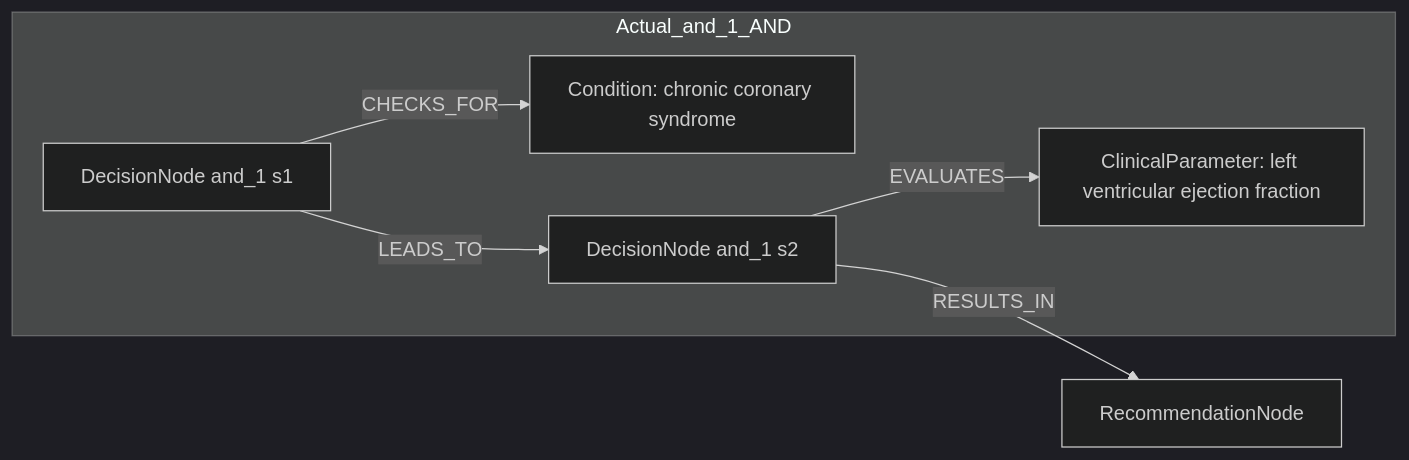
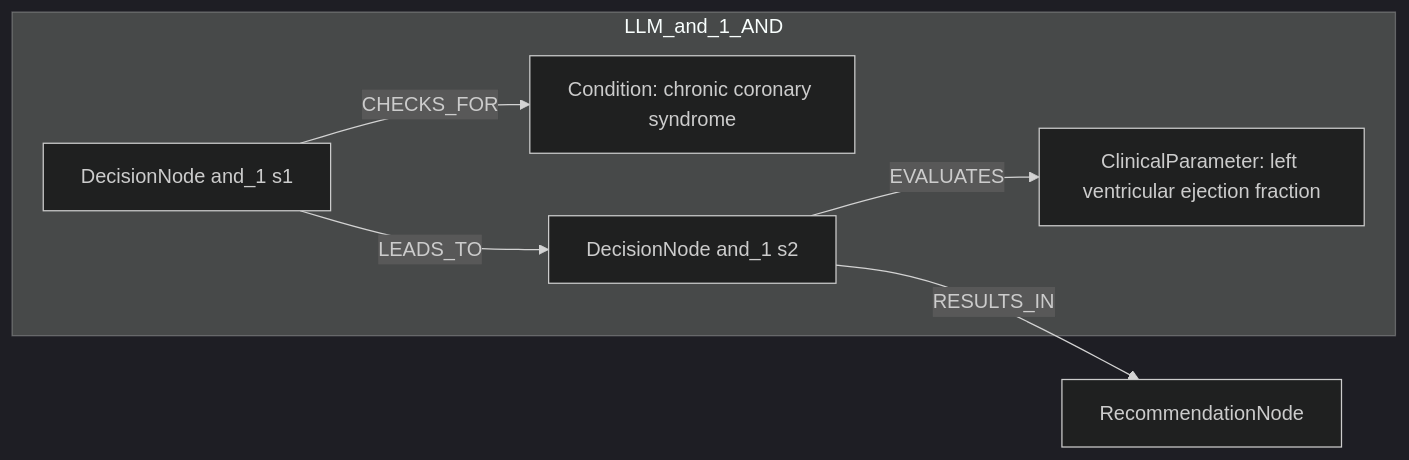
Before and after one commit to dieterich-lab/CardioGuidelinesGraph: the second of 2 diagrams in docs/table22_rows/row_07.md, drawn with Mermaid (dark theme). The commit also changed other lines of this file and 18 other files, not shown here.

Commit message:
Adjust mermaid for conditions/actions

````diff
--- a/docs/table22_rows/row_07.md
+++ b/docs/table22_rows/row_07.md
@@ -167,14 +164,14 @@
 ```mermaid
 graph LR
   REC[RecommendationNode]
-  subgraph Actual_and_1_AND
+  subgraph LLM_and_1_AND
     D_and_1_1[DecisionNode and_1 s1]
     C_and_1_1[Condition: chronic coronary syndrome]
     D_and_1_1 -->|CHECKS_FOR| C_and_1_1
     D_and_1_2[DecisionNode and_1 s2]
     C_and_1_2[ClinicalParameter: left ventricular ejection fraction]
     D_and_1_2 -->|EVALUATES| C_and_1_2
     D_and_1_1 -->|LEADS_TO| D_and_1_2
   end
   D_and_1_2 -->|RESULTS_IN| REC
 ```
````
